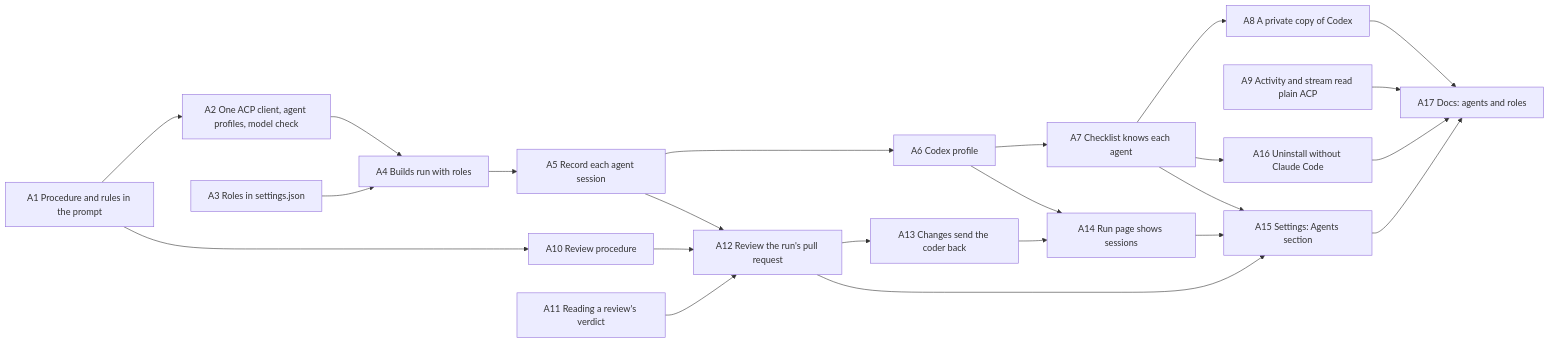
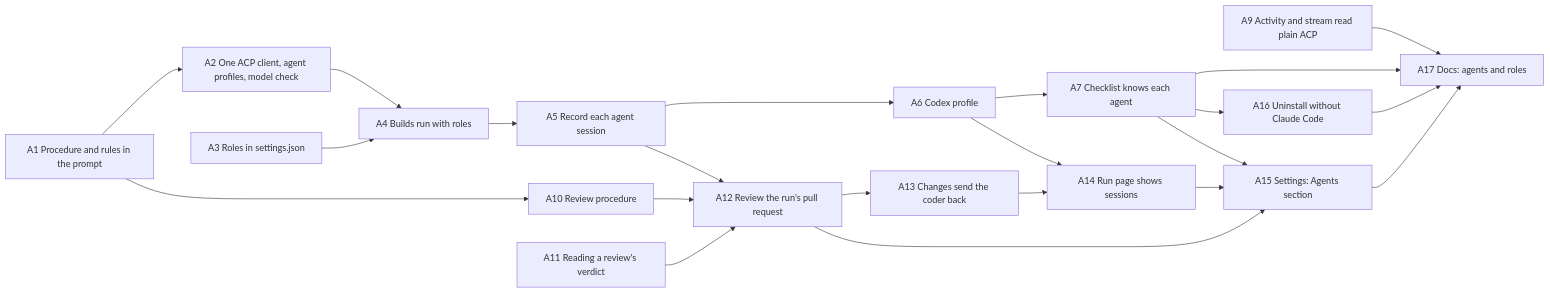
Before and after one commit to epik-agent/Epik: the diagram in docs/milestone-0.4.0/epic-agents-and-roles.md, drawn with Mermaid. The commit also changed other lines of this file and 2 other files, not shown here.

````diff
--- a/docs/milestone-0.4.0/epic-agents-and-roles.md
+++ b/docs/milestone-0.4.0/epic-agents-and-roles.md
@@ -55,42 +55,40 @@
 ```mermaid
 graph LR
   A1["A1 Procedure and rules in the prompt"]
   A2["A2 One ACP client, agent profiles, model check"]
   A3["A3 Roles in settings.json"]
   A4["A4 Builds run with roles"]
   A5["A5 Record each agent session"]
   A6["A6 Codex profile"]
   A7["A7 Checklist knows each agent"]
-  A8["A8 A private copy of Codex"]
   A9["A9 Activity and stream read plain ACP"]
   A10["A10 Review procedure"]
   A11["A11 Reading a review's verdict"]
   A12["A12 Review the run's pull request"]
   A13["A13 Changes send the coder back"]
   A14["A14 Run page shows sessions"]
   A15["A15 Settings: Agents section"]
   A16["A16 Uninstall without Claude Code"]
   A17["A17 Docs: agents and roles"]
   A1 --> A2
   A2 --> A4
   A3 --> A4
   A4 --> A5
   A5 --> A6
   A6 --> A7
-  A7 --> A8
+  A7 --> A17
   A7 --> A16
   A1 --> A10
   A5 --> A12
   A10 --> A12
   A11 --> A12
   A12 --> A13
   A13 --> A14
   A6 --> A14
   A7 --> A15
   A12 --> A15
   A14 --> A15
-  A8 --> A17
   A9 --> A17
   A15 --> A17
   A16 --> A17
 ```
````
